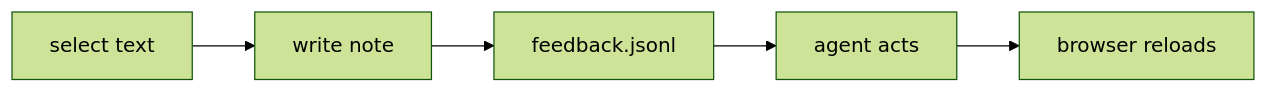
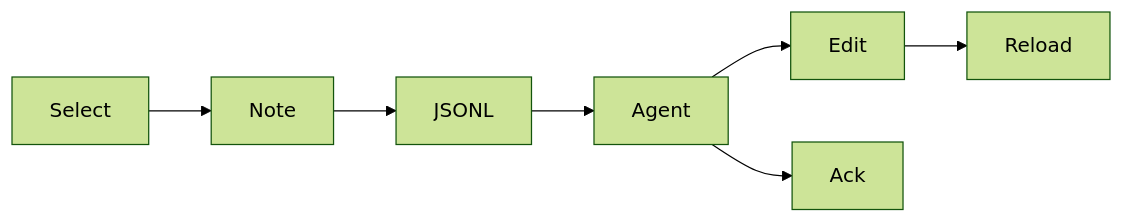
One commit to wnoronha/peel changed the diagram in docs/deck-peel-tour.md. Above: the diagram before and after it, drawn with Mermaid (forest theme). The commit also changed other lines of this file and 18 other files, not shown here.

````diff
--- a/docs/deck-peel-tour.md
+++ b/docs/deck-peel-tour.md
@@ -24,7 +43,9 @@
 ```mermaid
 flowchart LR
-  S[select text] --> N[write note]
-  N --> J[feedback.jsonl]
-  J --> A[agent acts]
-  A --> R[browser reloads]
+  S[Select] --> N[Note]
+  N --> L[JSONL]
+  L --> A[Agent]
+  A --> E[Edit]
+  E --> R[Reload]
+  A --> K[Ack]
 ```
````
